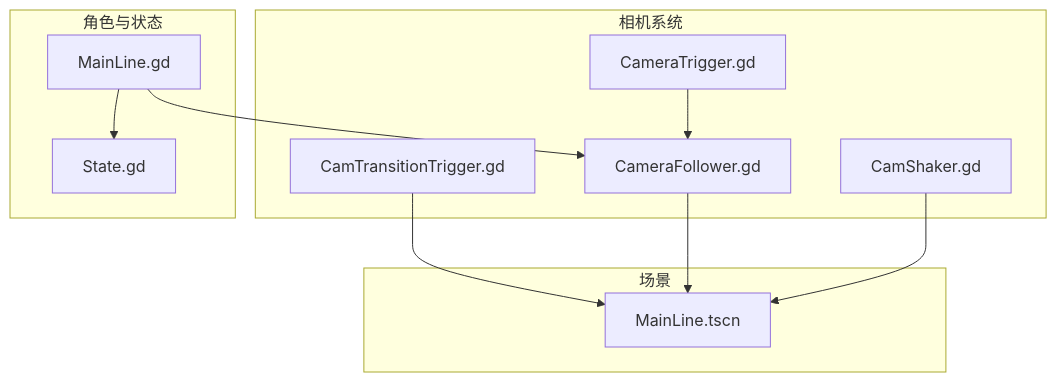
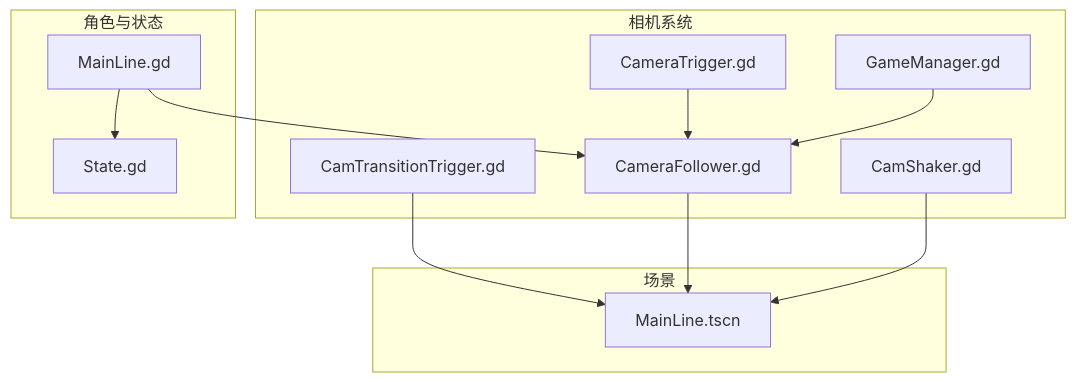
The first of 8 diagrams in .qoder/repowiki/zh/content/游戏系统/触发器系统/相机触发器.md (godotline/godot-line), drawn with Mermaid before and after one commit. The commit also changed other lines of this file and 212 other files, not shown here.

````diff
--- a/.qoder/repowiki/zh/content/游戏系统/触发器系统/相机触发器.md
+++ b/.qoder/repowiki/zh/content/游戏系统/触发器系统/相机触发器.md
@@ -55,22 +58,24 @@
 ```mermaid
 graph TB
 subgraph "相机系统"
 CF["CameraFollower.gd"]
 CT["CameraTrigger.gd"]
 CTT["CamTransitionTrigger.gd"]
 CS["CamShaker.gd"]
+GM["GameManager.gd"]
 end
 subgraph "角色与状态"
 ML["MainLine.gd"]
 ST["State.gd"]
 end
 subgraph "场景"
 SCN["MainLine.tscn"]
 end
 CT --> CF
 CTT --> SCN
 CF --> SCN
 ML --> CF
 ML --> ST
 CS --> SCN
+GM --> CF
 ```
````
